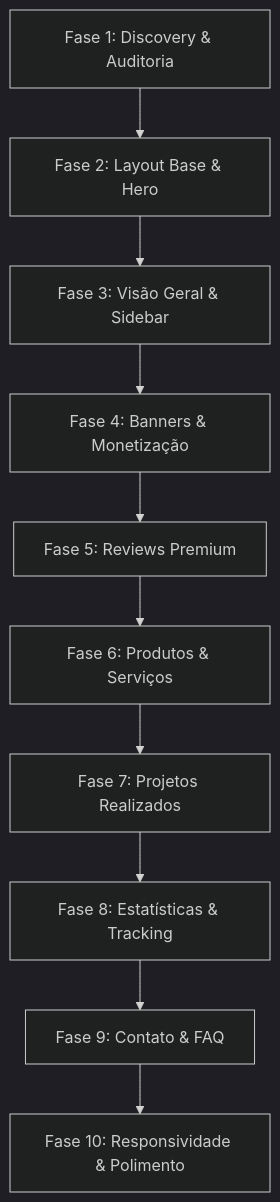
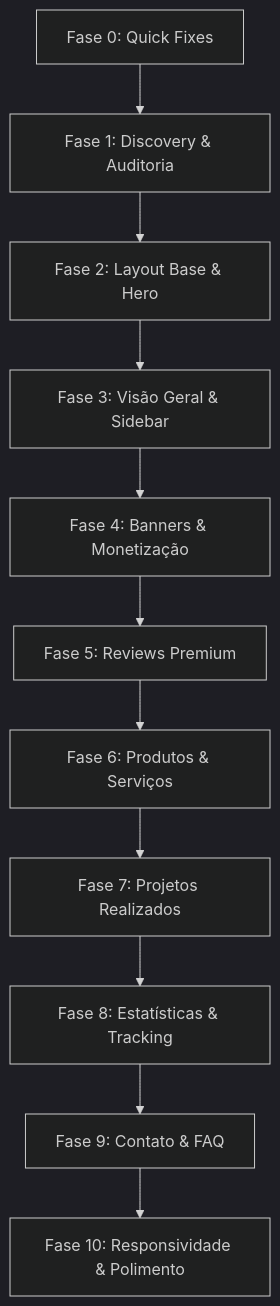
Before and after one commit to MrGr33n98/Avalia-Solar-2026: the diagram in .planning/ROADMAP.md, drawn with Mermaid (dark theme). The commit also changed other lines of this file and 51 other files, not shown here.

````diff
--- a/.planning/ROADMAP.md
+++ b/.planning/ROADMAP.md
@@ -5,12 +5,13 @@
 ```mermaid
 graph TD
-  F1[Fase 1: Discovery & Auditoria] --> F2[Fase 2: Layout Base & Hero]
+  F0[Fase 0: Quick Fixes] --> F1[Fase 1: Discovery & Auditoria]
+  F1 --> F2[Fase 2: Layout Base & Hero]
   F2 --> F3[Fase 3: Visão Geral & Sidebar]
   F3 --> F4[Fase 4: Banners & Monetização]
   F4 --> F5[Fase 5: Reviews Premium]
   F5 --> F6[Fase 6: Produtos & Serviços]
   F6 --> F7[Fase 7: Projetos Realizados]
   F7 --> F8[Fase 8: Estatísticas & Tracking]
   F8 --> F9[Fase 9: Contato & FAQ]
   F9 --> F10[Fase 10: Responsividade & Polimento]
 ```
````
